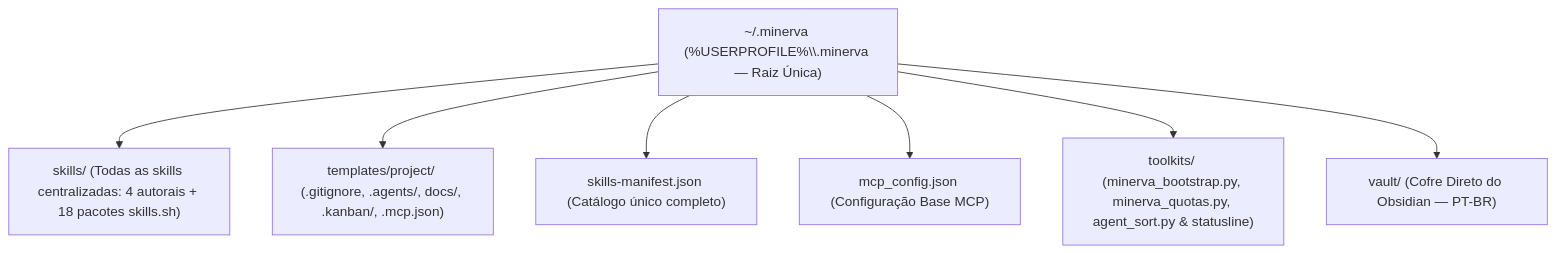
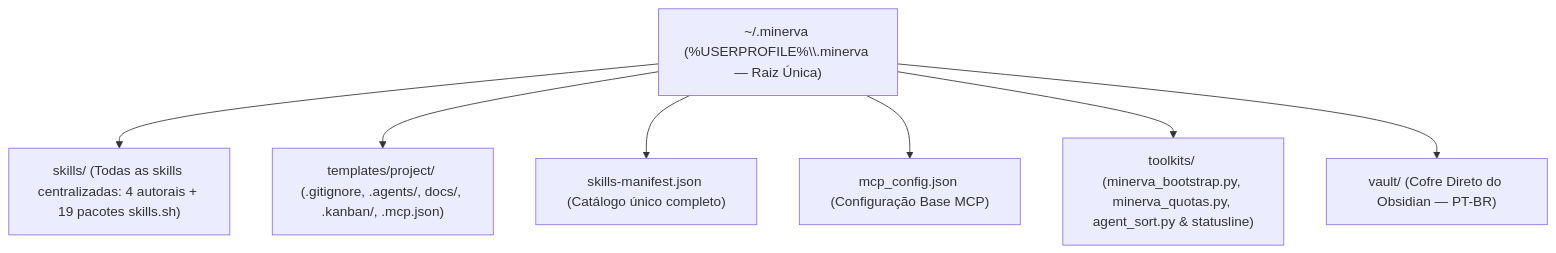
The first of 2 diagrams in vault/_Arquitetura e Documentação do Ecossistema.md (lk-feitosa/minerva-workspace), drawn with Mermaid before and after one commit. The commit also changed 14 other files, not shown here.

````diff
--- a/vault/_Arquitetura e Documentação do Ecossistema.md
+++ b/vault/_Arquitetura e Documentação do Ecossistema.md
@@ -34,11 +34,11 @@
 ```mermaid
 graph TD
     REPO["~/.minerva (%USERPROFILE%\\.minerva — Raiz Única)"]
     
-    REPO --> SKILLS["skills/ (Todas as skills centralizadas: 4 autorais + 18 pacotes skills.sh)"]
+    REPO --> SKILLS["skills/ (Todas as skills centralizadas: 4 autorais + 19 pacotes skills.sh)"]
     REPO --> TEMPLATES["templates/project/ (.gitignore, .agents/, docs/, .kanban/, .mcp.json)"]
     REPO --> MANIFEST["skills-manifest.json (Catálogo único completo)"]
     REPO --> MCP_CFG["mcp_config.json (Configuração Base MCP)"]
     REPO --> TOOLKITS["toolkits/ (minerva_bootstrap.py, minerva_quotas.py, agent_sort.py & statusline)"]
     REPO --> VAULT["vault/ (Cofre Direto do Obsidian — PT-BR)"]
 ```
````
